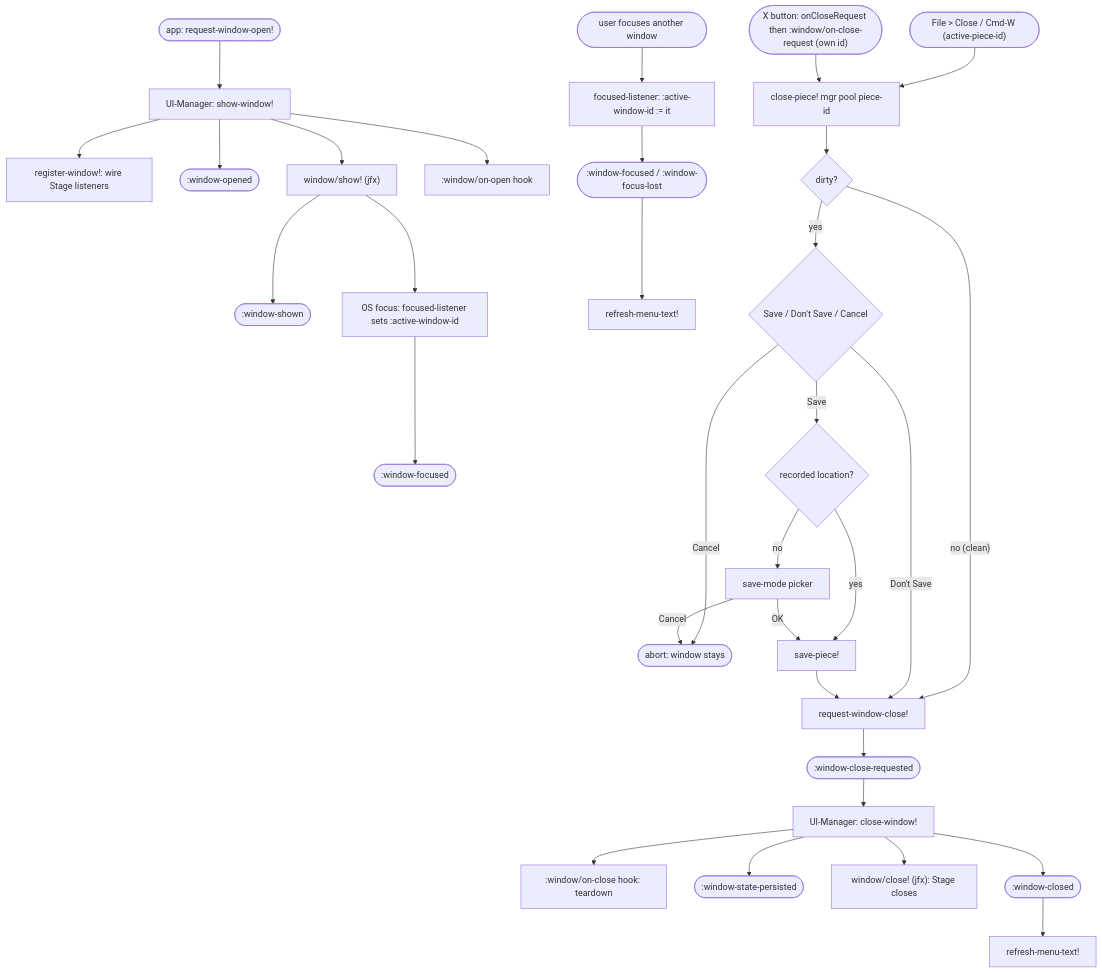
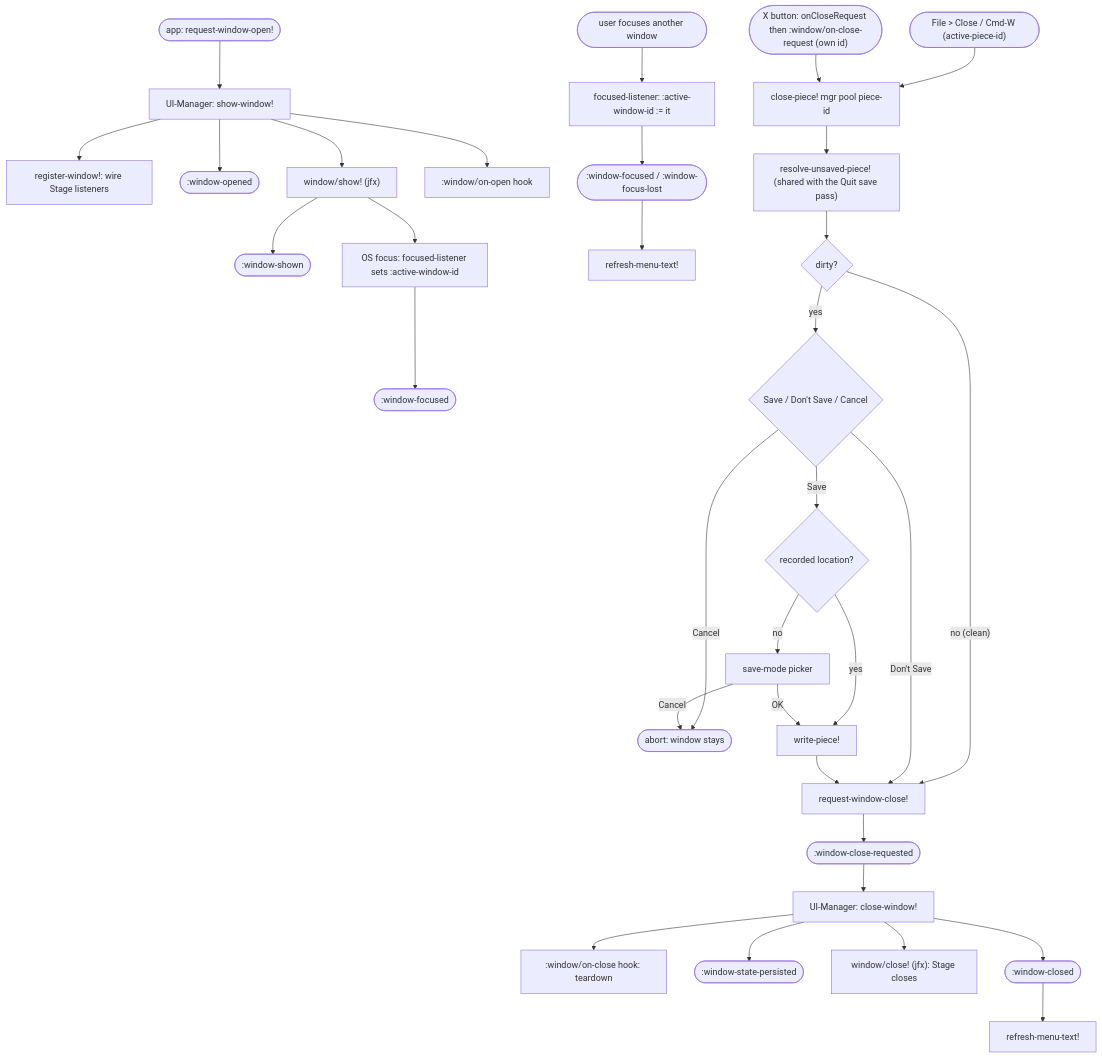
One commit to PeterBengtson/Ooloi-docs changed the first of 2 diagrams in guides/FRONTEND_ARCHITECTURE_GUIDE.md. Above: the diagram before and after it, drawn with Mermaid. The commit also changed other lines of this file, not shown here.

````diff
--- a/guides/FRONTEND_ARCHITECTURE_GUIDE.md
+++ b/guides/FRONTEND_ARCHITECTURE_GUIDE.md
@@ -359,39 +359,40 @@
 ```mermaid
 flowchart TD
   %% ── OPEN ──
   o0(["app: request-window-open!"]) --> o1["UI-Manager: show-window!"]
   o1 --> o2["register-window!: wire Stage listeners"]
   o1 --> oe1([":window-opened"])
   o1 --> o3["window/show! (jfx)"]
   o3 --> oe2([":window-shown"])
   o3 --> o4["OS focus: focused-listener sets :active-window-id"]
   o4 --> oe3([":window-focused"])
   o1 --> o5[":window/on-open hook"]
 
   %% ── FOCUS SWITCH ──
   f0(["user focuses another window"]) --> f1["focused-listener: :active-window-id := it"]
   f1 --> fe1([":window-focused / :window-focus-lost"])
   fe1 --> f2["refresh-menu-text!"]
 
   %% ── CLOSE (butterfly: two entries in, teardown out) ──
   c0a(["File > Close / Cmd-W (active-piece-id)"]) --> waist["close-piece! mgr pool piece-id"]
   c0b(["X button: onCloseRequest then :window/on-close-request (own id)"]) --> waist
-  waist --> dirty{"dirty?"}
+  waist --> res["resolve-unsaved-piece! (shared with the Quit save pass)"]
+  res --> dirty{"dirty?"}
   dirty -- "no (clean)" --> rwc["request-window-close!"]
   dirty -- yes --> ask{"Save / Don't Save / Cancel"}
   ask -- "Don't Save" --> rwc
   ask -- Cancel --> ab(["abort: window stays"])
   ask -- Save --> loc{"recorded location?"}
-  loc -- yes --> sp["save-piece!"]
+  loc -- yes --> sp["write-piece!"]
   loc -- no --> pk["save-mode picker"]
   pk -- OK --> sp
   pk -- Cancel --> ab
   sp --> rwc
   rwc --> ce1([":window-close-requested"])
   ce1 --> cw["UI-Manager: close-window!"]
   cw --> c1[":window/on-close hook: teardown"]
   cw --> ce2([":window-state-persisted"])
   cw --> c2["window/close! (jfx): Stage closes"]
   cw --> ce3([":window-closed"])
   ce3 --> f3["refresh-menu-text!"]
 ```
````
